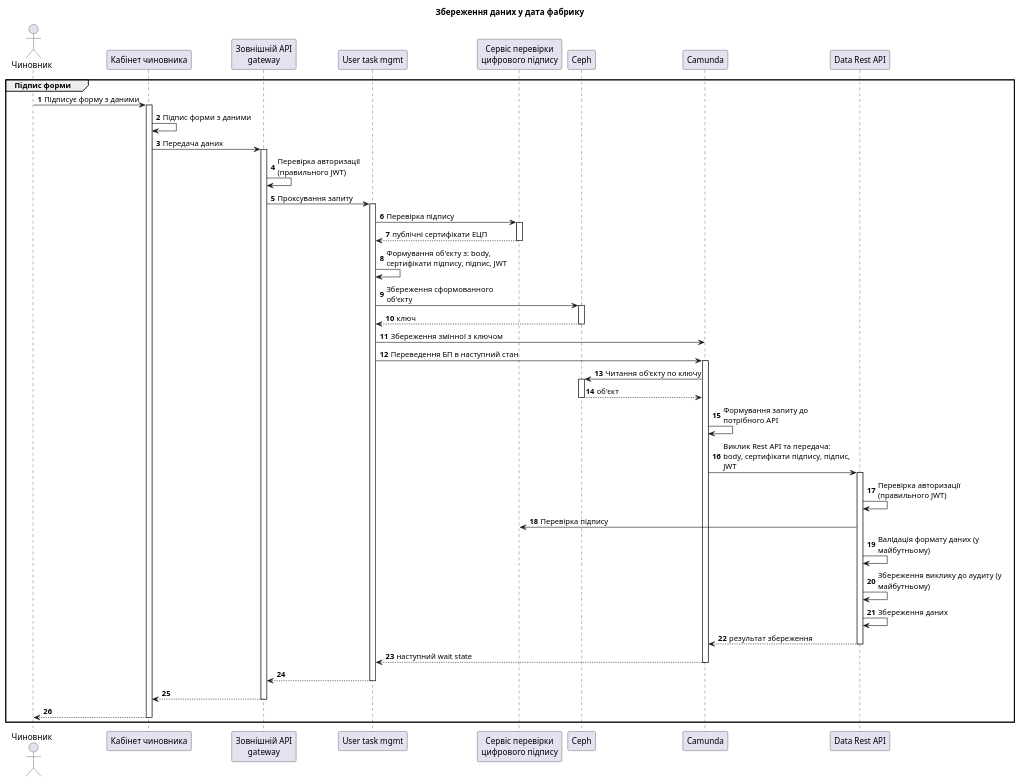
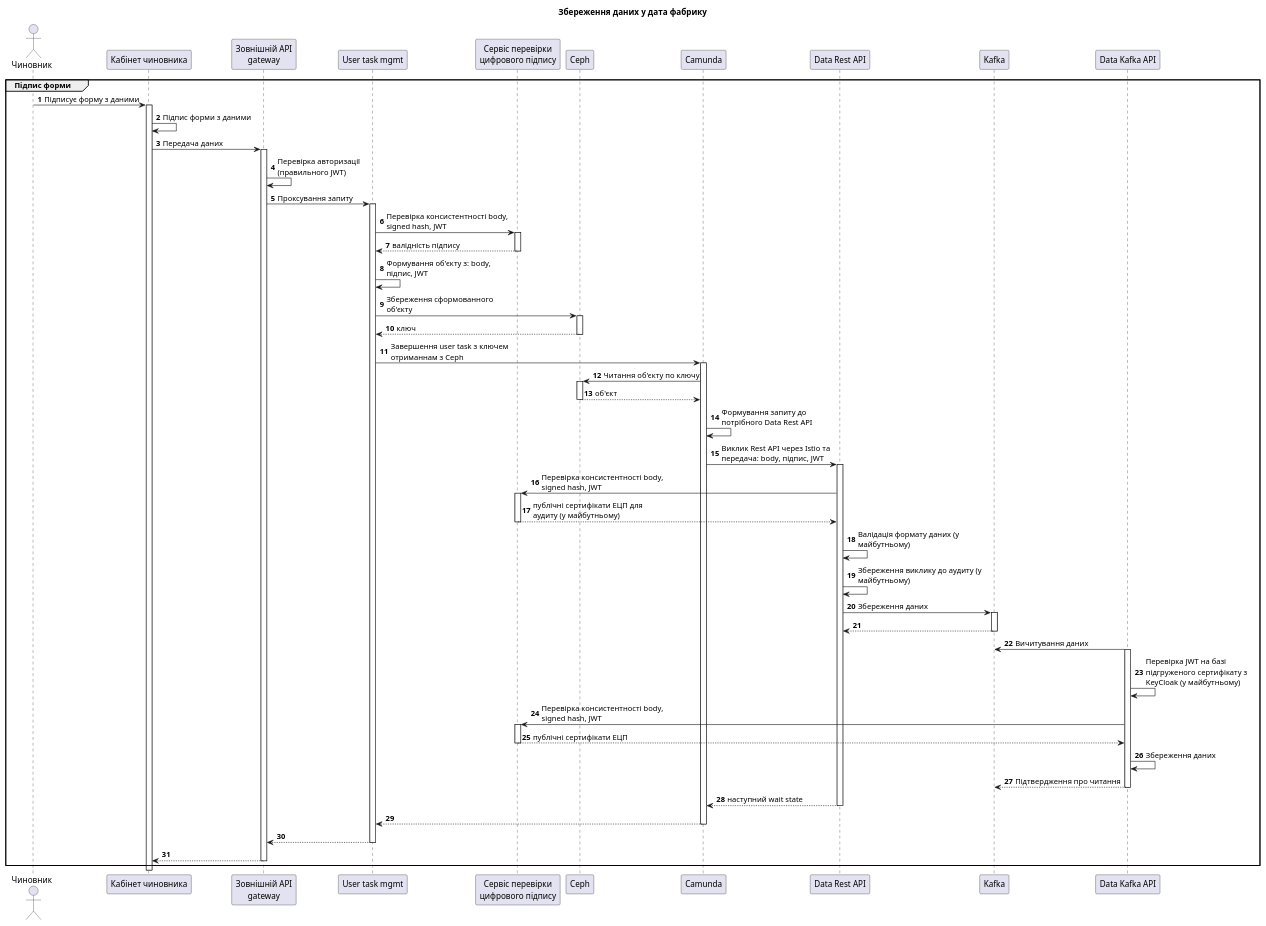
The diagram in low-code/saving-data-to-factory.puml (epam/edp-ddm-architecture), drawn with PlantUML before and after one commit.

Commit message:
[MDTUDDM-0000] Збереження даних до дата фабрики (апдейти після мітінгу)

```diff
--- a/low-code/saving-data-to-factory.puml
+++ b/low-code/saving-data-to-factory.puml
@@ -1,53 +1,65 @@
 @startuml
 actor "Чиновник" as officer order 10
 participant "Кабінет чиновника" as officer_portal  order 20
 participant "Зовнішній API\ngateway" as gateway  order 30
 participant "User task mgmt" as user_task_management  order 40
 participant "Сервіс перевірки\nцифрового підпису" as digital_sign_service  order 50
 participant "Ceph" as ceph  order 60
 participant "Camunda" as bmps_service  order 70
 participant "Data Rest API" as data_rest  order 80
+participant "Kafka" as kafka order 90
+participant "Data Kafka API" as data_kafka_api order 100
 
 title Збереження даних у дата фабрику
 
 autonumber
 skinparam maxMessageSize 220
 
 group Підпис форми
   officer -> officer_portal: Підписує форму з даними
   activate officer_portal
     officer_portal -> officer_portal: Підпис форми з даними
     officer_portal -> gateway: Передача даних
     activate gateway
       gateway -> gateway: Перевірка авторизації (правильного JWT)
       gateway -> user_task_management: Проксування запиту
       activate user_task_management
-        user_task_management -> digital_sign_service: Перевірка підпису
+        user_task_management -> digital_sign_service: Перевірка консистентності body, signed hash, JWT
         activate digital_sign_service
-        return  публічні сертифікати ЕЦП
-        user_task_management -> user_task_management: Формування об'єкту з: body, сертифікати підпису, підпис, JWT
+        return  валідність підпису
+        user_task_management -> user_task_management: Формування об'єкту з: body, підпис, JWT
         user_task_management -> ceph: Збереження сформованного об'єкту
         activate ceph
         return  ключ
-        user_task_management -> bmps_service: Збереження змінної з ключом
-        user_task_management -> bmps_service: Переведення БП в наступний стан
+        user_task_management -> bmps_service: Завершення user task з ключем отриманнам з Ceph
         activate bmps_service
           bmps_service -> ceph: Читання об'єкту по ключу
           activate ceph
           return  об'єкт
-          bmps_service -> bmps_service: Формування запиту до потрібного APІ
-          bmps_service -> data_rest: Виклик Rest API та передача: body, сертифікати підпису, підпис, JWT
+          bmps_service -> bmps_service: Формування запиту до потрібного Data Rest APІ
+          bmps_service -> data_rest: Виклик Rest API через Istio та передача: body, підпис, JWT
           activate data_rest
-            data_rest -> data_rest: Перевірка авторизації (правильного JWT)
-            data_rest -> digital_sign_service: Перевірка підпису
+            data_rest -> digital_sign_service: Перевірка консистентності body, signed hash, JWT
+            activate digital_sign_service
+            return  публічні сертифікати ЕЦП для аудиту (у майбутньому)
             data_rest -> data_rest: Валідація формату даних (у майбутньому)
             data_rest -> data_rest: Збереження виклику до аудиту (у майбутньому)
-            data_rest -> data_rest: Збереження даних
-          return результат збереження
+            data_rest -> kafka: Збереження даних
+            activate kafka
+            return
+            kafka <- data_kafka_api: Вичитування даних
+            activate data_kafka_api
+              data_kafka_api -> data_kafka_api: Перевірка JWT на базі підгруженого сертифікату з KeyCloak (у майбутньому)
+              data_kafka_api -> digital_sign_service: Перевірка консистентності body, signed hash, JWT
+              activate digital_sign_service
+              return  публічні сертифікати ЕЦП
+              data_kafka_api -> data_kafka_api: Збереження даних
+              kafka <-- data_kafka_api: Підтвердження про читання
+            deactivate data_kafka_api
         return наступний wait state
 
       return
     return
    return
 end
 @enduml
```
